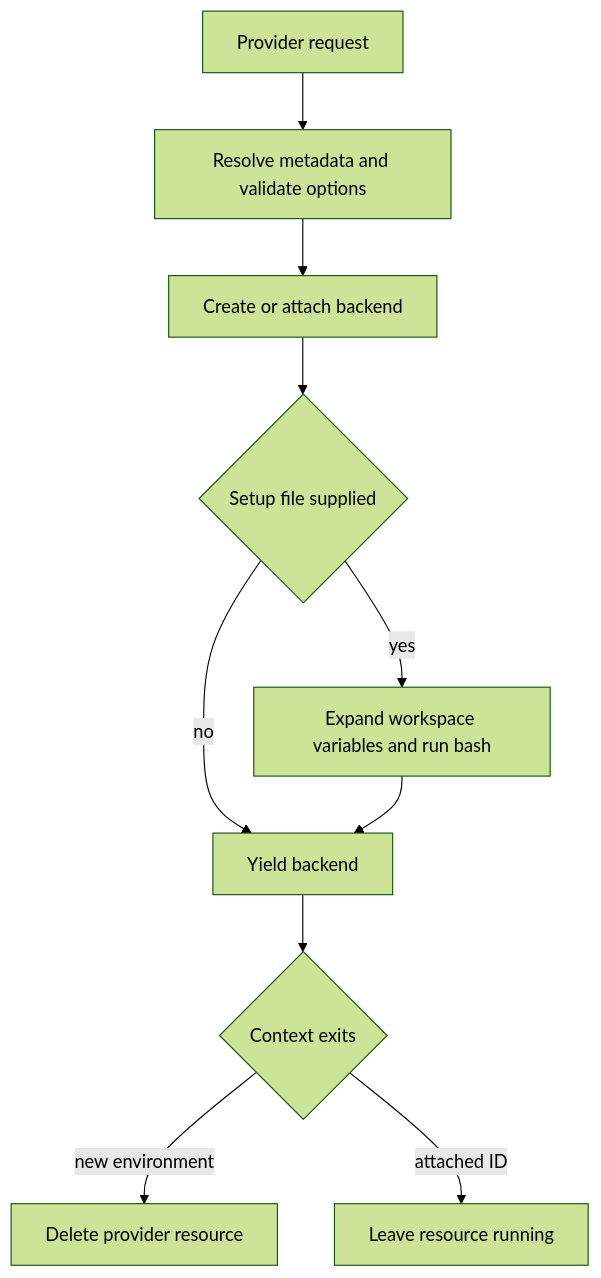
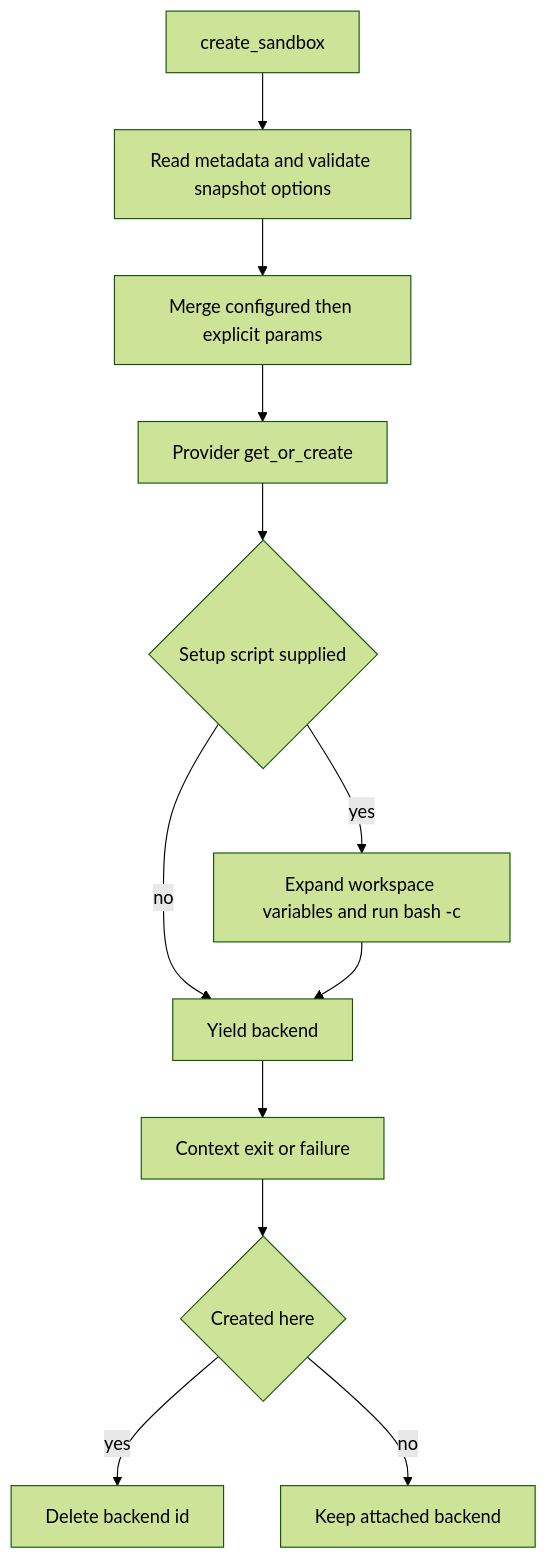
The second of 2 diagrams in openwiki/integrations/sandbox-partners.md (langchain-ai/deepagents), drawn with Mermaid (forest theme) before and after one commit. The commit also changed other lines of this file and 37 other files, not shown here.

````diff
--- a/openwiki/integrations/sandbox-partners.md
+++ b/openwiki/integrations/sandbox-partners.md
@@ -108,12 +120,14 @@
 ```mermaid
 flowchart TD
-    Request["Provider request"] --> Validate["Resolve metadata and validate options"]
-    Validate --> Acquire["Create or attach backend"]
-    Acquire --> Setup{"Setup file supplied"}
-    Setup -->|yes| Run["Expand workspace variables and run bash"]
-    Setup -->|no| Use["Yield backend"]
-    Run --> Use
-    Use --> Leave{"Context exits"}
-    Leave -->|new environment| Delete["Delete provider resource"]
-    Leave -->|attached ID| Retain["Leave resource running"]
+    Start["create_sandbox"] --> Meta["Read metadata and validate snapshot options"]
+    Meta --> Params["Merge configured then explicit params"]
+    Params --> Acquire["Provider get_or_create"]
+    Acquire --> Setup{"Setup script supplied"}
+    Setup -->|yes| Run["Expand workspace variables and run bash -c"]
+    Setup -->|no| Yield["Yield backend"]
+    Run --> Yield
+    Yield --> Exit["Context exit or failure"]
+    Exit --> Owned{"Created here"}
+    Owned -->|yes| Delete["Delete backend id"]
+    Owned -->|no| Keep["Keep attached backend"]
 ```
````
